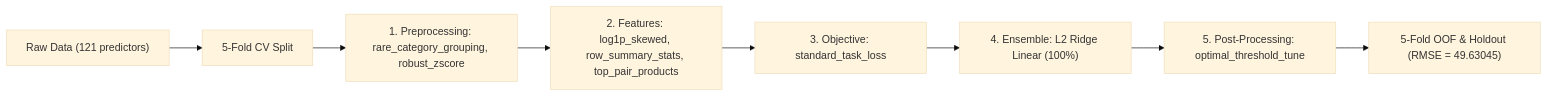
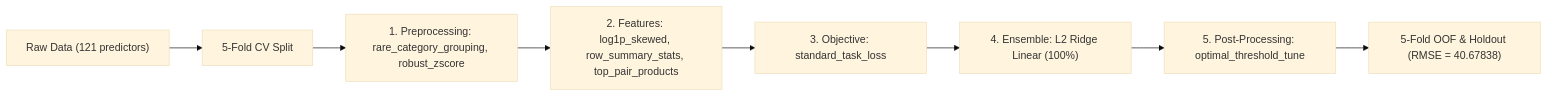
One commit to stefanoclss/UM-Game-Playing-Strength-of-MCTS-Variants changed the diagram in README.md. Above: the diagram before and after it, drawn with Mermaid (base theme). The commit also changed other lines of this file, not shown here.

First line of the commit message:
docs(readme): refresh verified OOF benchmark & build ledger (RMSE=40.67838)

````diff
--- a/README.md
+++ b/README.md
@@ -71,10 +72,10 @@
 ```mermaid
 flowchart LR
     DATA["Raw Data (121 predictors)"] --> SPLIT["5-Fold CV Split"]
     SPLIT --> PRE["1. Preprocessing: rare_category_grouping, robust_zscore"]
     PRE --> FEAT["2. Features: log1p_skewed, row_summary_stats, top_pair_products"]
     FEAT --> OBJ["3. Objective: standard_task_loss"]
     OBJ --> M0["4. Ensemble: L2 Ridge Linear (100%)"]
     M0 --> POST["5. Post-Processing: optimal_threshold_tune"]
-    POST --> OUT["5-Fold OOF & Holdout (RMSE = 49.63045)"]
+    POST --> OUT["5-Fold OOF & Holdout (RMSE = 40.67838)"]
 ```
````
